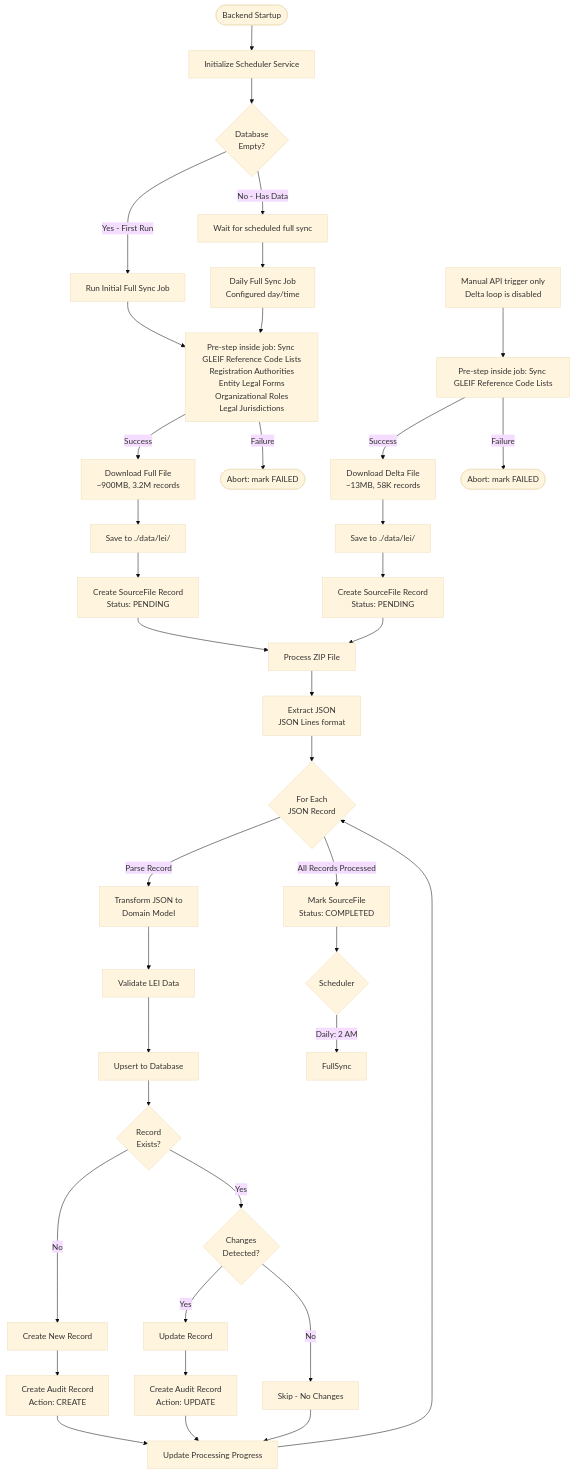
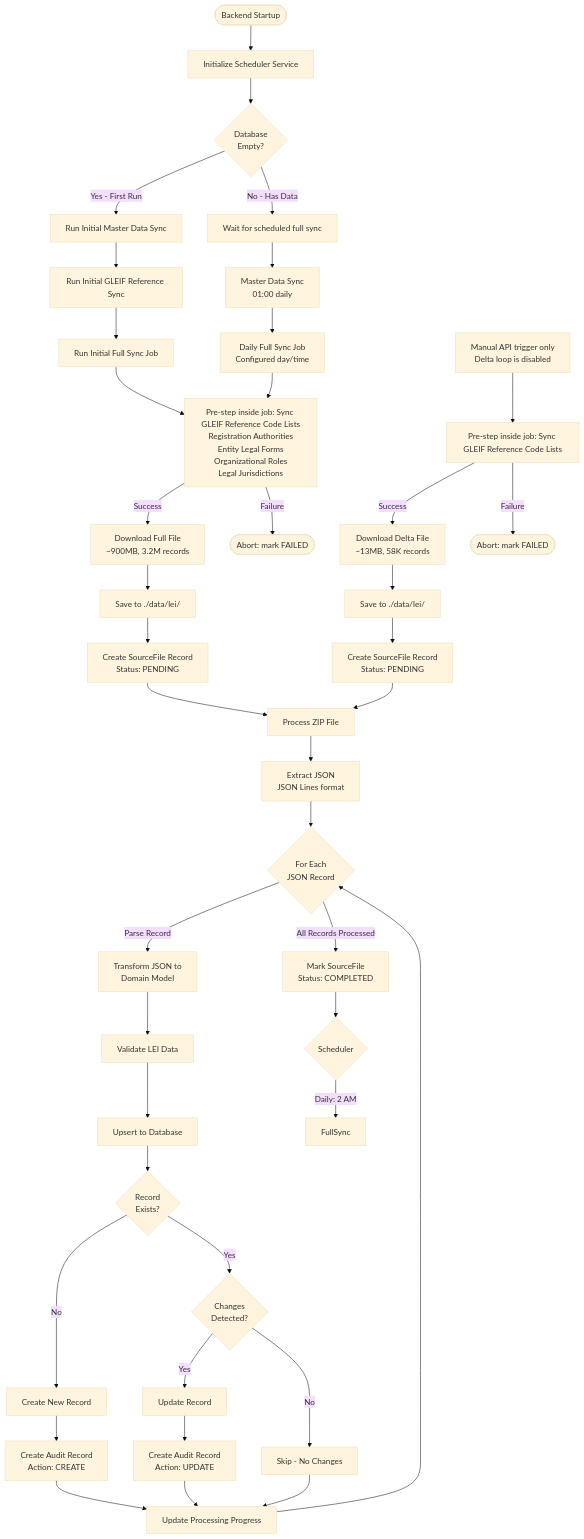
One commit to techie2000/axiom changed the first of 5 diagrams in docs/lei/LEI_DATA_FLOW.md. Above: the diagram before and after it, drawn with Mermaid (base theme). The commit also changed other lines of this file and 18 other files, not shown here.

Commit message:
fix: optimize LEI list queries and sync status flow

````diff
--- a/docs/lei/LEI_DATA_FLOW.md
+++ b/docs/lei/LEI_DATA_FLOW.md
@@ -8,58 +8,63 @@
 ```mermaid
 flowchart TD
     Start([Backend Startup]) --> Init[Initialize Scheduler Service]
     Init --> CheckDB{Database<br/>Empty?}
 
-    CheckDB -->|Yes - First Run| InitialFull[Run Initial Full Sync Job]
+    CheckDB -->|Yes - First Run| InitialMaster[Run Initial Master Data Sync]
     CheckDB -->|No - Has Data| WaitSchedule[Wait for scheduled full sync]
 
-    WaitSchedule --> DailyFull[Daily Full Sync Job<br/>Configured day/time]
+    InitialMaster --> InitialGLEIF[Run Initial GLEIF Reference Sync]
+    InitialGLEIF --> InitialFull[Run Initial Full Sync Job]
+
+    WaitSchedule --> MasterSchedule[Master Data Sync<br/>01:00 daily]
+    MasterSchedule --> DailyFull[Daily Full Sync Job<br/>Configured day/time]
+
     InitialFull --> GLEIFRefSyncFull[Pre-step inside job: Sync GLEIF Reference Code Lists<br/>Registration Authorities<br/>Entity Legal Forms<br/>Organizational Roles<br/>Legal Jurisdictions]
     DailyFull --> GLEIFRefSyncFull
 
     ManualDelta[Manual API trigger only<br/>Delta loop is disabled] --> GLEIFRefSyncDelta[Pre-step inside job: Sync GLEIF Reference Code Lists]
 
     GLEIFRefSyncFull -->|Success| DownloadFull[Download Full File<br/>~900MB, 3.2M records]
     GLEIFRefSyncFull -->|Failure| AbortFull([Abort: mark FAILED])
 
     GLEIFRefSyncDelta -->|Success| DownloadDelta[Download Delta File<br/>~13MB, 58K records]
     GLEIFRefSyncDelta -->|Failure| AbortDelta([Abort: mark FAILED])
 
     DownloadFull --> SaveFile1[Save to ./data/lei/]
     DownloadDelta --> SaveFile2[Save to ./data/lei/]
 
     SaveFile1 --> CreateSourceFile1[Create SourceFile Record<br/>Status: PENDING]
     SaveFile2 --> CreateSourceFile2[Create SourceFile Record<br/>Status: PENDING]
 
     CreateSourceFile1 --> ProcessFile[Process ZIP File]
     CreateSourceFile2 --> ProcessFile
 
     ProcessFile --> Extract[Extract JSON<br/>JSON Lines format]
     Extract --> ParseLoop{For Each<br/>JSON Record}
 
     ParseLoop -->|Parse Record| Transform[Transform JSON to<br/>Domain Model]
     Transform --> Validate[Validate LEI Data]
     Validate --> Upsert[Upsert to Database]
 
     Upsert --> CheckExists{Record<br/>Exists?}
 
     CheckExists -->|No| CreateNew[Create New Record]
     CheckExists -->|Yes| DetectChanges{Changes<br/>Detected?}
 
     CreateNew --> CreateAudit1[Create Audit Record<br/>Action: CREATE]
     DetectChanges -->|Yes| UpdateRecord[Update Record]
     DetectChanges -->|No| Skip[Skip - No Changes]
 
     UpdateRecord --> CreateAudit2[Create Audit Record<br/>Action: UPDATE]
 
     CreateAudit1 --> UpdateProgress[Update Processing Progress]
     CreateAudit2 --> UpdateProgress
     Skip --> UpdateProgress
 
     UpdateProgress --> ParseLoop
 
     ParseLoop -->|All Records Processed| Complete[Mark SourceFile<br/>Status: COMPLETED]
     Complete --> Schedule{Scheduler}
 
     Schedule -->|Daily: 2 AM| FullSync
 ```
````
